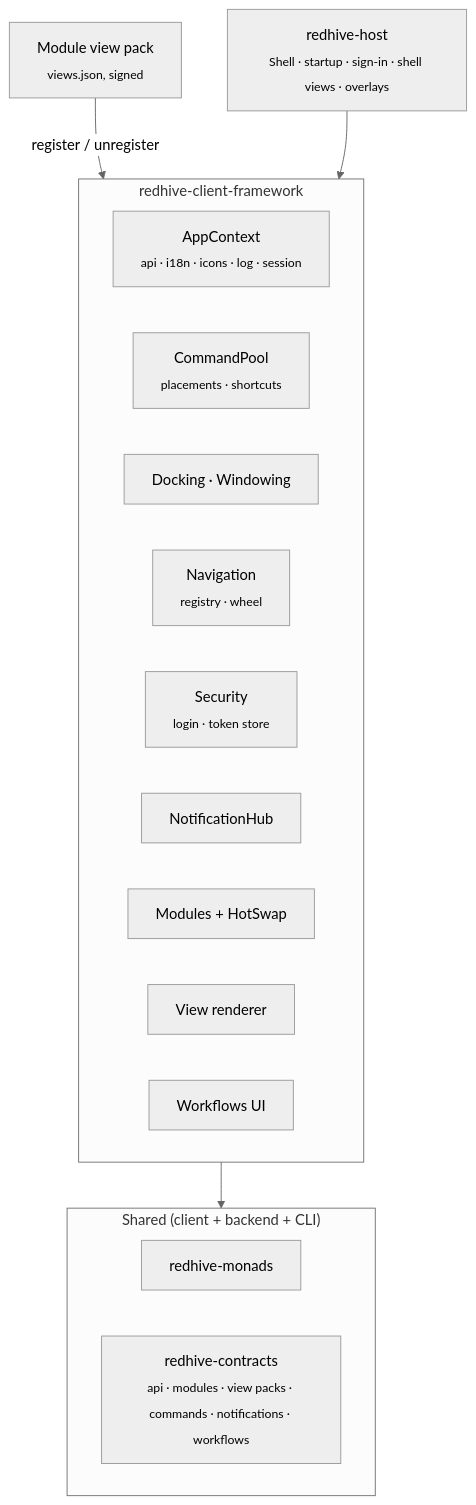
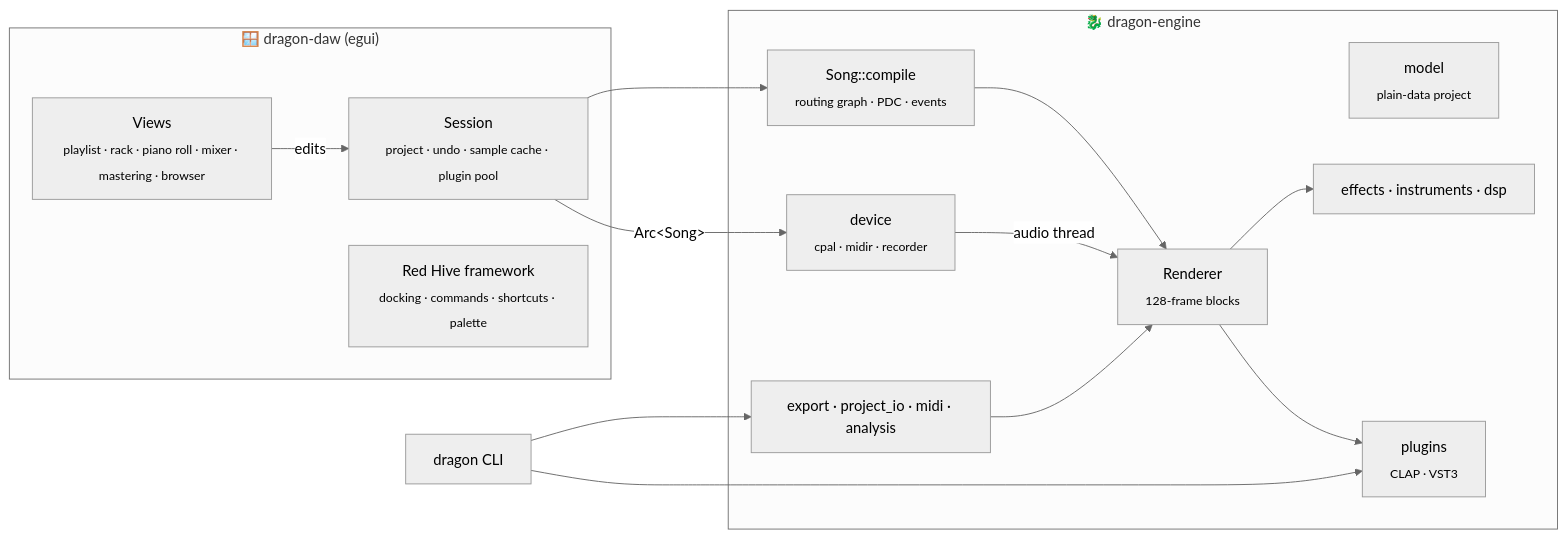
Before and after one commit to zenoxart/DragonDAW-RS: the diagram in README.md, drawn with Mermaid (neutral theme). The commit also changed other lines of this file and 53 other files, not shown here.

First line of the commit message:
Dragon DAW desktop app, built-in drum kit, docs

````diff
--- a/README.md
+++ b/README.md
@@ -142,25 +81,27 @@
 ```mermaid
-flowchart TB
-    Host["redhive-host<br/><sub>Shell · startup · sign-in · shell views · overlays</sub>"]
-    subgraph Framework["redhive-client-framework"]
-        direction LR
-        Ctx["AppContext<br/><sub>api · i18n · icons · log · session</sub>"]
-        Cmd["CommandPool<br/><sub>placements · shortcuts</sub>"]
-        Dock["Docking · Windowing"]
-        Nav["Navigation<br/><sub>registry · wheel</sub>"]
-        Sec["Security<br/><sub>login · token store</sub>"]
-        Not["NotificationHub"]
-        ML["Modules + HotSwap"]
-        Views["View renderer"]
-        Wf["Workflows UI"]
+flowchart LR
+    subgraph App["🪟 dragon-daw (egui)"]
+        Views["Views<br/><sub>playlist · rack · piano roll · mixer · mastering · browser</sub>"]
+        Session["Session<br/><sub>project · undo · sample cache · plugin pool</sub>"]
+        Shell["Red Hive framework<br/><sub>docking · commands · shortcuts · palette</sub>"]
     end
-    subgraph Shared["Shared (client + backend + CLI)"]
-        direction LR
-        Mon["redhive-monads"]
-        Con["redhive-contracts<br/><sub>api · modules · view packs · commands · notifications · workflows</sub>"]
+
+    subgraph Engine["🐉 dragon-engine"]
+        Model["model<br/><sub>plain-data project</sub>"]
+        Compile["Song::compile<br/><sub>routing graph · PDC · events</sub>"]
+        Render["Renderer<br/><sub>128-frame blocks</sub>"]
+        DSP["effects · instruments · dsp"]
+        Plug["plugins<br/><sub>CLAP · VST3</sub>"]
+        IO["device<br/><sub>cpal · midir · recorder</sub>"]
+        Exp["export · project_io · midi · analysis"]
     end
-    VP["Module view pack<br/><sub>views.json, signed</sub>"]
-    Host --> Framework
-    Framework --> Shared
-    VP -->|"register / unregister"| ML
+
+    Views -->|"edits"| Session
+    Session -->|"Arc&lt;Song&gt;"| IO
+    Session --> Compile
+    Compile --> Render
+    Render --> DSP & Plug
+    IO -->|"audio thread"| Render
+    Exp --> Render
+    CLI["dragon CLI"] --> Exp & Plug
 ```
````
